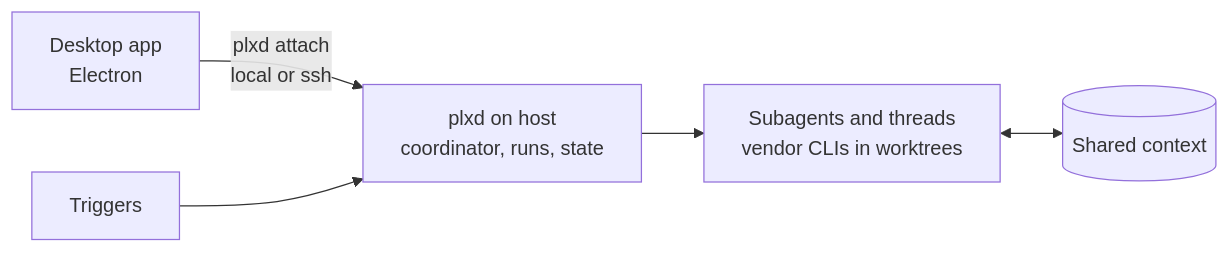
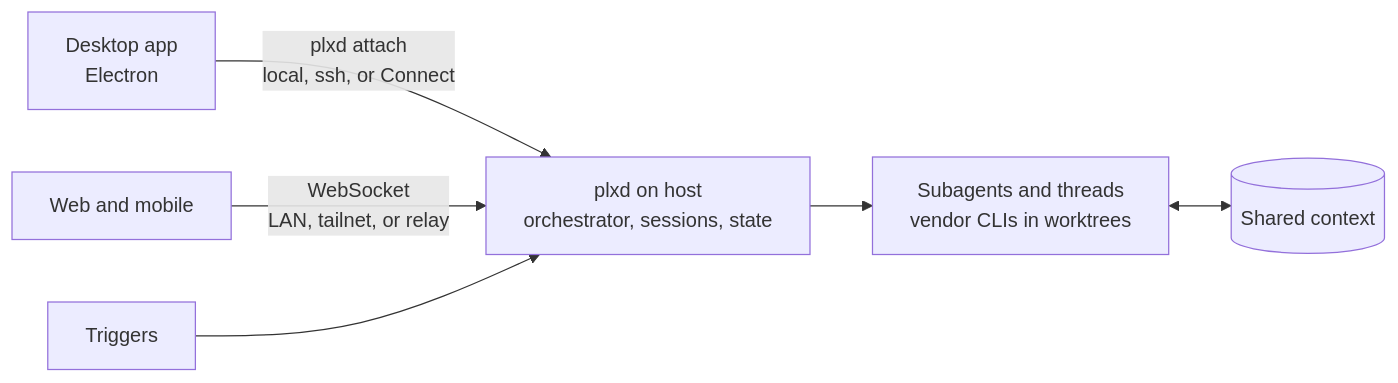
The diagram in docs/PLAN.md (ryan-stoffel/parallax), drawn with Mermaid before and after one commit. The commit also changed other lines of this file and 20 other files, not shown here.

````diff
--- a/docs/PLAN.md
+++ b/docs/PLAN.md
@@ -47,7 +49,8 @@
 ```mermaid
 flowchart LR
-  A[Desktop app<br/>Electron] -- "plxd attach<br/>local or ssh" --> H[plxd on host<br/>coordinator, runs, state]
+  A[Desktop app<br/>Electron] -- "plxd attach<br/>local, ssh, or Connect" --> H[plxd on host<br/>orchestrator, sessions, state]
+  B[Web and mobile] -- "WebSocket<br/>LAN, tailnet, or relay" --> H
   T[Triggers] --> H
   H --> W[Subagents and threads<br/>vendor CLIs in worktrees]
   W <--> S[(Shared context)]
 ```
````
